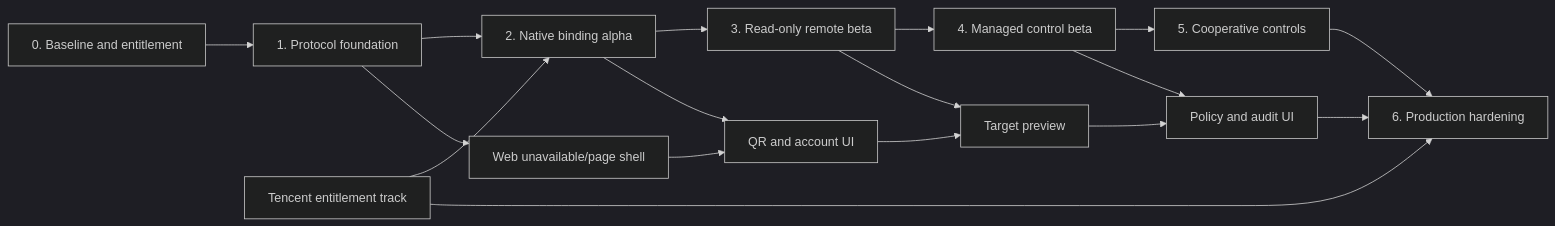
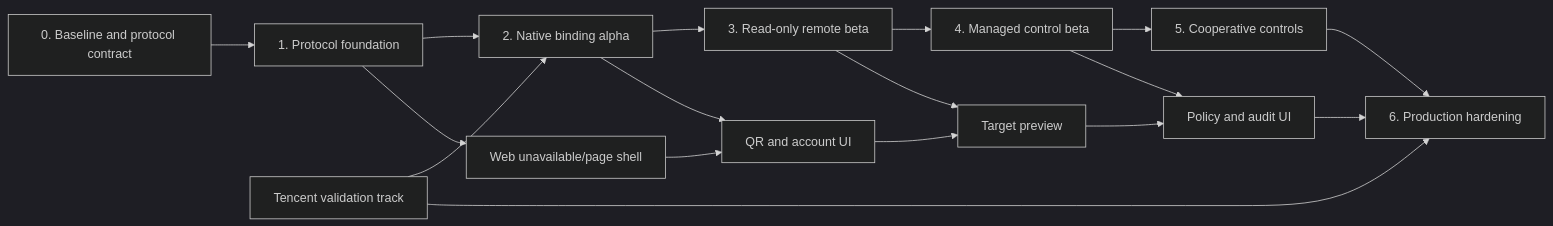
Before and after one commit to A3S-Lab/a3s: the diagram in apps/web/docs/WEIXIN_REMOTE_CONTROL_DEVELOPMENT_PLAN.md, drawn with Mermaid (dark theme). The commit also changed other lines of this file and 9 other files, not shown here.

````diff
--- a/apps/web/docs/WEIXIN_REMOTE_CONTROL_DEVELOPMENT_PLAN.md
+++ b/apps/web/docs/WEIXIN_REMOTE_CONTROL_DEVELOPMENT_PLAN.md
@@ -224,16 +221,16 @@
 ```mermaid
 flowchart LR
-    P0[0. Baseline and entitlement] --> P1[1. Protocol foundation]
+    P0[0. Baseline and protocol contract] --> P1[1. Protocol foundation]
     P1 --> P2[2. Native binding alpha]
     P2 --> P3[3. Read-only remote beta]
     P3 --> P4[4. Managed control beta]
     P4 --> P5[5. Cooperative controls]
     P5 --> P6[6. Production hardening]
-    EXT[Tencent entitlement track] --> P2
+    EXT[Tencent validation track] --> P2
     EXT --> P6
     P1 --> FE1[Web unavailable/page shell]
     P2 --> FE2[QR and account UI]
     P3 --> FE3[Target preview]
     P4 --> FE4[Policy and audit UI]
     FE1 --> FE2 --> FE3 --> FE4 --> P6
 ```
````
